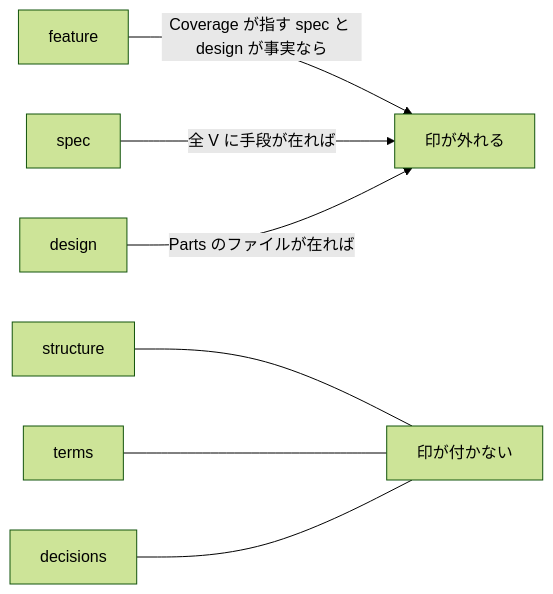
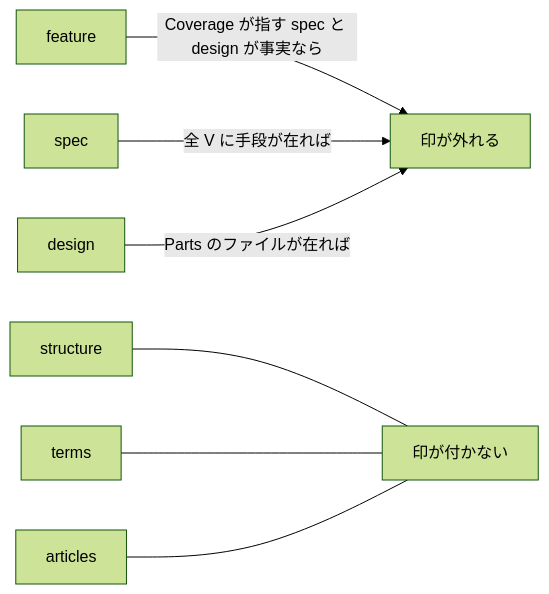
The third of 3 diagrams in docs/archivist/L3_structures/document-layers.md (gameundwatch/archivist), drawn with Mermaid (forest theme) before and after one commit. The commit also changed other lines of this file and 71 other files, not shown here.

````diff
--- a/docs/archivist/L3_structures/document-layers.md
+++ b/docs/archivist/L3_structures/document-layers.md
@@ -66,9 +66,9 @@
 ```mermaid
 flowchart LR
     F["feature"] -->|"Coverage が指す spec と design が事実なら"| M["印が外れる"]
     S["spec"] -->|"全 V に手段が在れば"| M
     D["design"] -->|"Parts のファイルが在れば"| M
     ST["structure"] --- N["印が付かない"]
     T["terms"] --- N
-    DC["decisions"] --- N
+    DC["articles"] --- N
 ```
````
